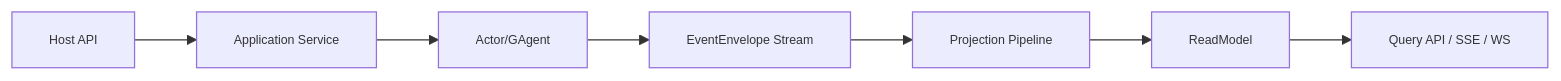
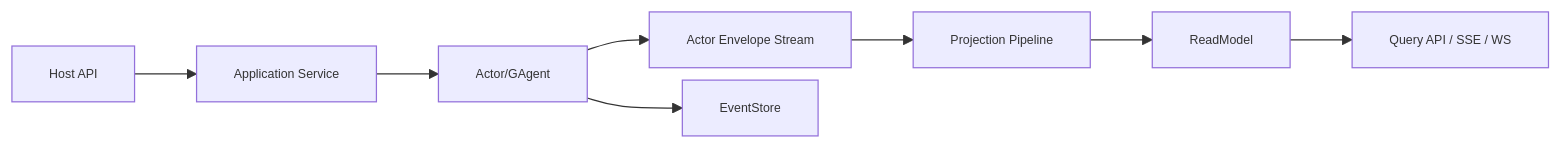
The diagram in docs/CQRS_ARCHITECTURE.md (aevatarAI/aevatar), drawn with Mermaid before and after one commit. The commit also changed other lines of this file and 70 other files, not shown here.

````diff
--- a/docs/CQRS_ARCHITECTURE.md
+++ b/docs/CQRS_ARCHITECTURE.md
@@ -30,10 +30,11 @@
 ```mermaid
 %%{init: {"maxTextSize": 100000, "flowchart": {"useMaxWidth": false, "nodeSpacing": 10, "rankSpacing": 50}, "themeVariables": {"fontSize": "10px"}}}%%
 flowchart LR
     API["Host API"] --> APP["Application Service"]
     APP --> ACT["Actor/GAgent"]
-    ACT --> EVT["EventEnvelope Stream"]
+    ACT --> EVT["Actor Envelope Stream"]
+    ACT --> ES["EventStore"]
     EVT --> PROJ["Projection Pipeline"]
     PROJ --> RM["ReadModel"]
     RM --> Q["Query API / SSE / WS"]
 ```
````
